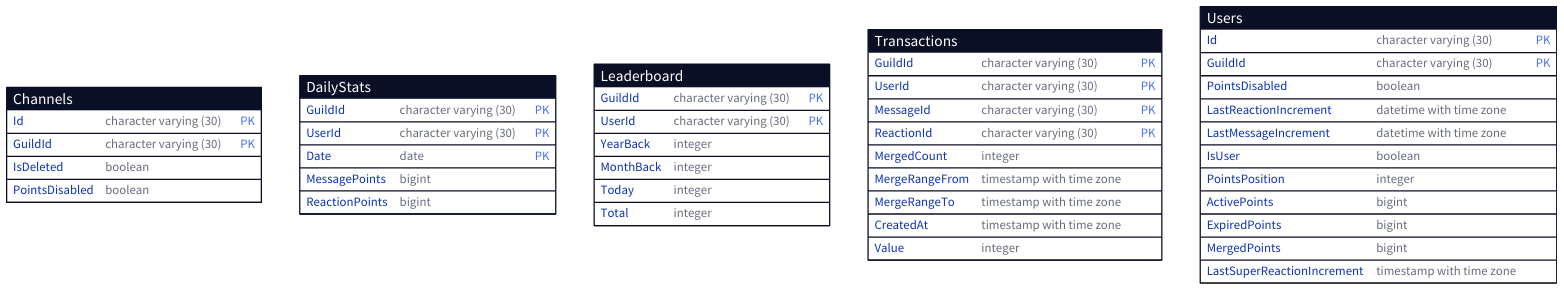
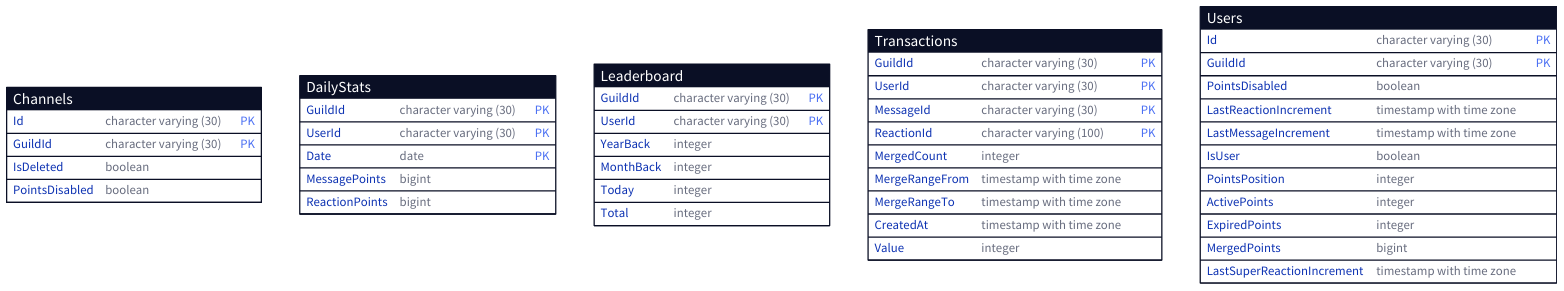
The diagram in data/database_points.d2 (GrillBot/grillbot-docs), drawn with D2 before and after one commit. The commit also changed 10 other files, not shown here.

```diff
--- a/data/database_points.d2
+++ b/data/database_points.d2
@@ -1,59 +1,59 @@
 Channels: {
   shape: sql_table
 
   Id: character varying (30) {constraint: primary_key}
   GuildId: character varying (30) {constraint: primary_key}
   IsDeleted: boolean
   PointsDisabled: boolean
 }
 
 DailyStats: {
   shape: sql_table
 
   GuildId: character varying (30) {constraint: primary_key}
   UserId: character varying (30) {constraint: primary_key}
   Date: date {constraint: primary_key}
   MessagePoints: bigint
   ReactionPoints: bigint
 }
 
 Leaderboard: {
   shape: sql_table
 
   GuildId: character varying (30) {constraint: primary_key}
   UserId: character varying (30) {constraint: primary_key}
   YearBack: integer
   MonthBack: integer
   Today: integer
   Total: integer
 }
 
 Transactions: {
   shape: sql_table
 
   GuildId: character varying (30) {constraint: primary_key}
   UserId: character varying (30) {constraint: primary_key}
   MessageId: character varying (30) {constraint: primary_key}
-  ReactionId: character varying (30) {constraint: primary_key}
+  ReactionId: character varying (100) {constraint: primary_key}
   MergedCount: integer
   MergeRangeFrom: timestamp with time zone
   MergeRangeTo: timestamp with time zone
   CreatedAt: timestamp with time zone
   Value: integer
 }
 
 Users: {
   shape: sql_table
 
   Id: character varying (30) {constraint: primary_key}
   GuildId: character varying (30) {constraint: primary_key}
   PointsDisabled: boolean
-  LastReactionIncrement: datetime with time zone
-  LastMessageIncrement: datetime with time zone
+  LastReactionIncrement: timestamp with time zone
+  LastMessageIncrement: timestamp with time zone
   IsUser: boolean
   PointsPosition: integer
-  ActivePoints: bigint
-  ExpiredPoints: bigint
+  ActivePoints: integer
+  ExpiredPoints: integer
   MergedPoints: bigint
   LastSuperReactionIncrement: timestamp with time zone
 }
```
